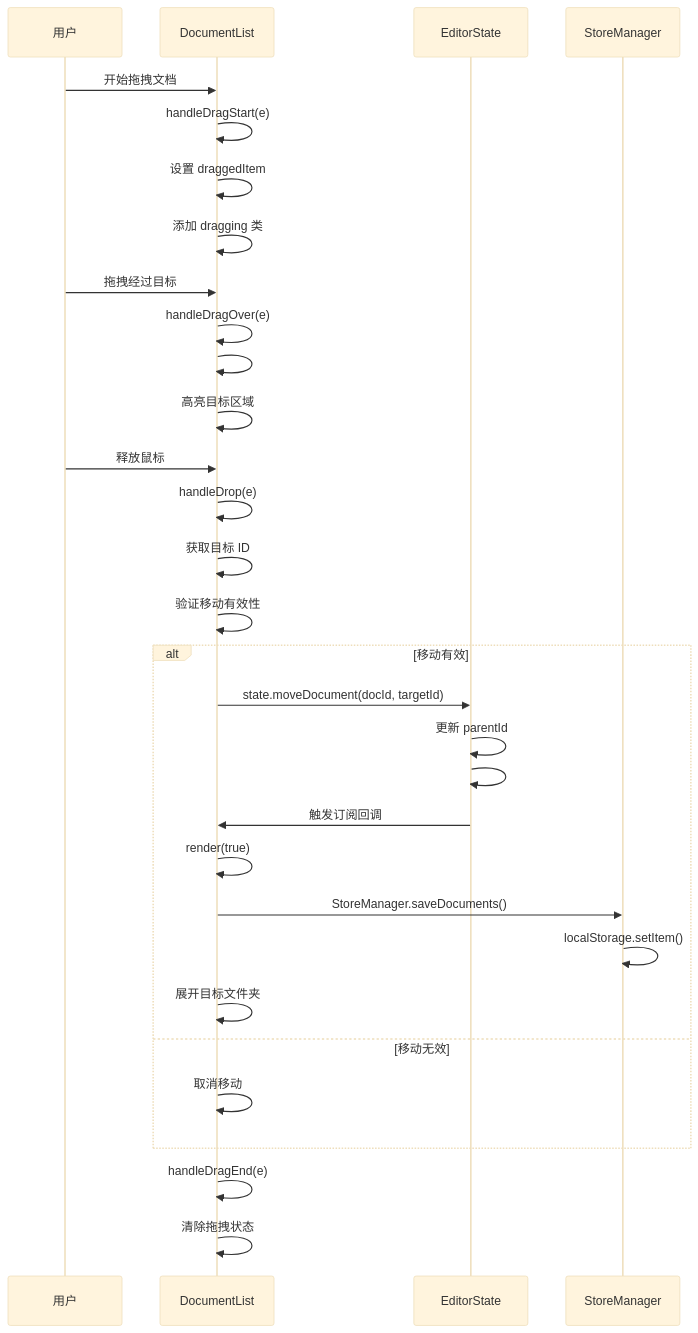
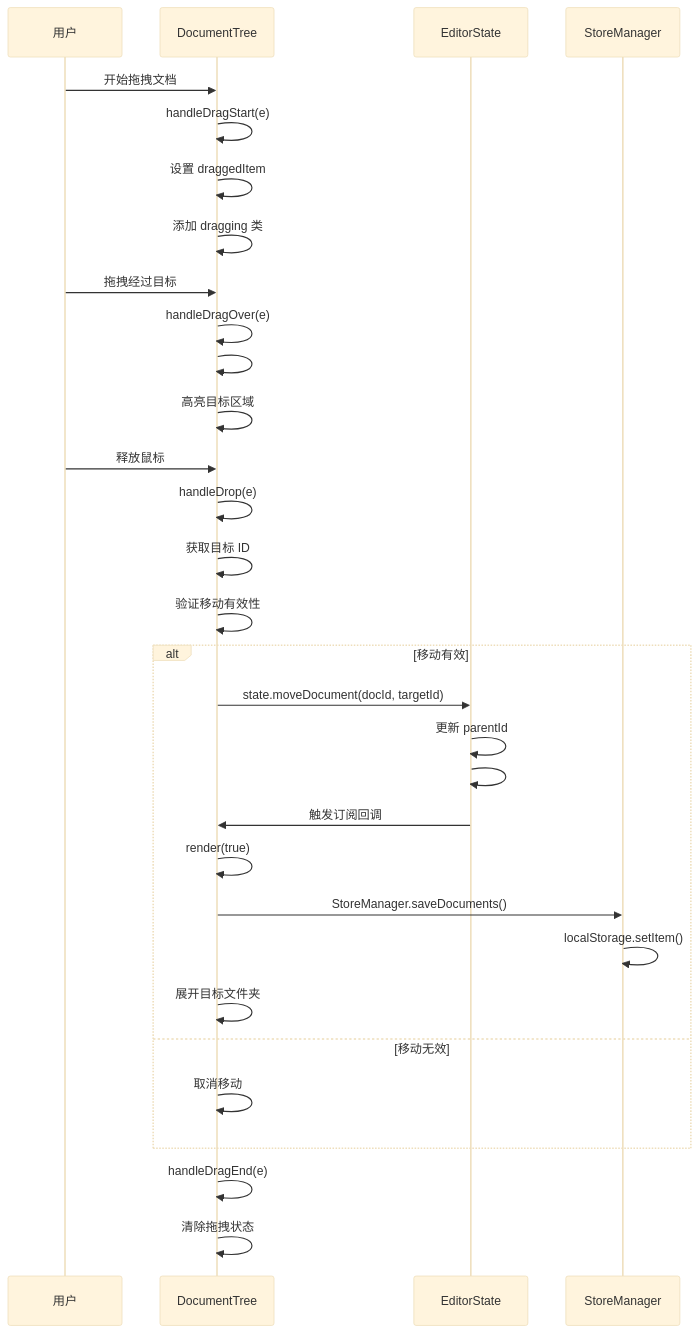
The sixth of 7 diagrams in docs/document.md (ZCShou/markdown), drawn with Mermaid (base theme) before and after one commit. The commit also changed other lines of this file and 8 other files, not shown here.

Commit message:
refactor: rename DocumentList to DocumentTree for semantic clarity

````diff
--- a/docs/document.md
+++ b/docs/document.md
@@ -1082,42 +1082,42 @@
 ```mermaid
 sequenceDiagram
     participant User as 用户
-    participant DocList as DocumentList
+    participant DocList as DocumentTree
     participant State as EditorState
     participant Store as StoreManager
 
     User->>DocList: 开始拖拽文档
     DocList->>DocList: handleDragStart(e)
     DocList->>DocList: 设置 draggedItem
     DocList->>DocList: 添加 dragging 类
     
     User->>DocList: 拖拽经过目标
     DocList->>DocList: handleDragOver(e)
     DocList->>DocList: #setDropTarget(element, type)
     DocList->>DocList: 高亮目标区域
     
     User->>DocList: 释放鼠标
     DocList->>DocList: handleDrop(e)
     
     DocList->>DocList: 获取目标 ID
     DocList->>DocList: 验证移动有效性
     
     alt 移动有效
         DocList->>State: state.moveDocument(docId, targetId)
         State->>State: 更新 parentId
         State->>State: #notify()
         
         State->>DocList: 触发订阅回调
         DocList->>DocList: render(true)
         
         DocList->>Store: StoreManager.saveDocuments()
         Store->>Store: localStorage.setItem()
         
         DocList->>DocList: 展开目标文件夹
     else 移动无效
         DocList->>DocList: 取消移动
     end
     
     DocList->>DocList: handleDragEnd(e)
     DocList->>DocList: 清除拖拽状态
 ```
````
